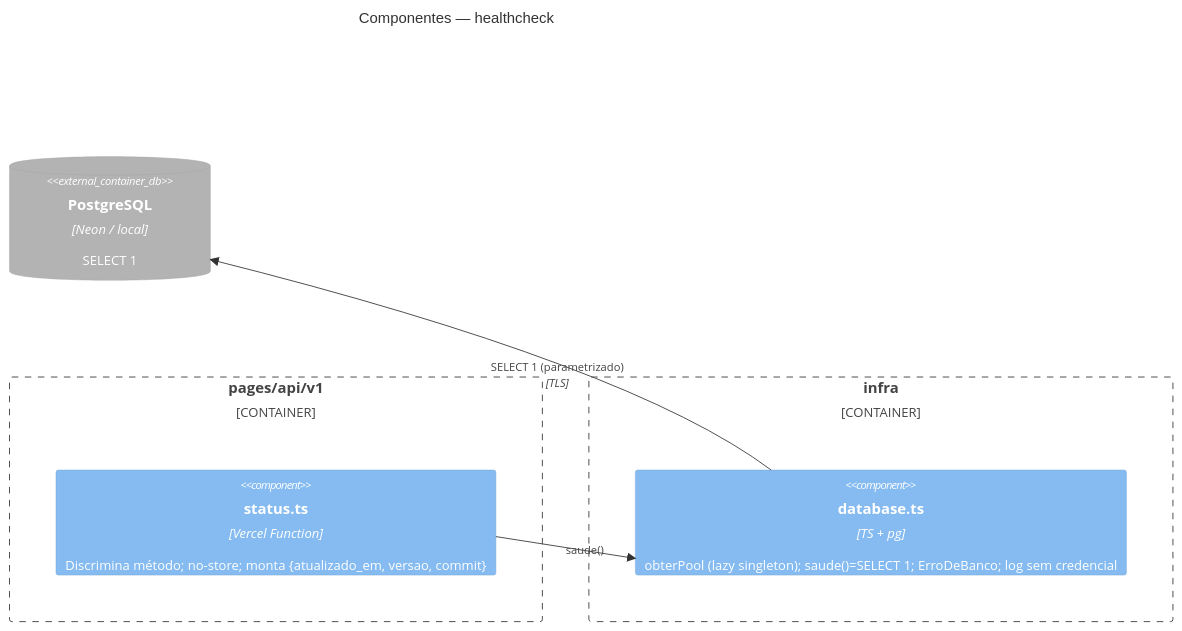
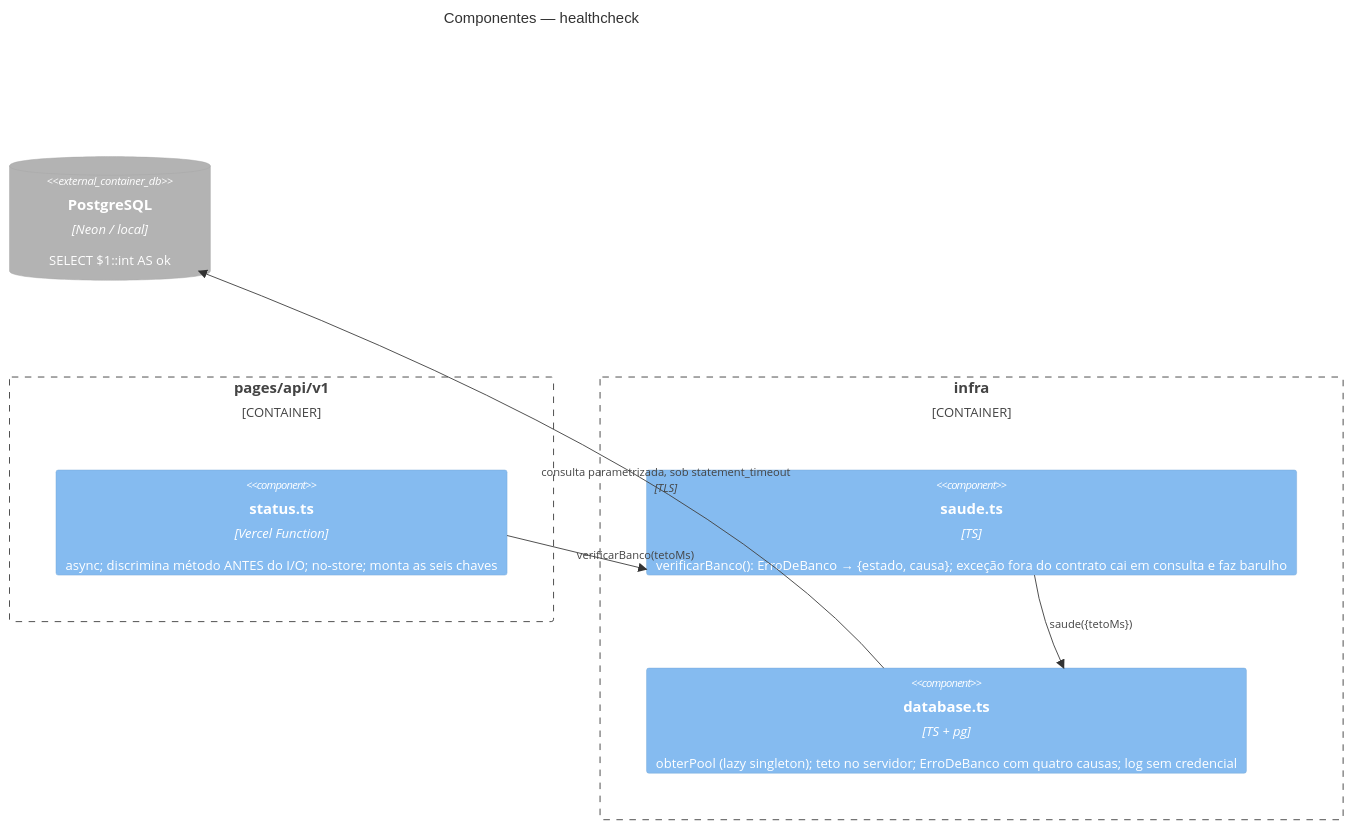
Before and after one commit to iago-leal/aps-inteligente: the second of 3 diagrams in _reversa_sdd/c4-components.md, drawn with Mermaid. The commit also changed other lines of this file and 87 other files, not shown here.

````diff
--- a/_reversa_sdd/c4-components.md
+++ b/_reversa_sdd/c4-components.md
@@ -67,15 +86,17 @@
 ```mermaid
 C4Component
     title Componentes — healthcheck
 
     Container_Boundary(api, "pages/api/v1") {
-        Component(status, "status.ts", "Vercel Function", "Discrimina método; no-store; monta {atualizado_em, versao, commit}")
+        Component(status, "status.ts", "Vercel Function", "async; discrimina método ANTES do I/O; no-store; monta as seis chaves")
     }
     Container_Boundary(infra, "infra") {
-        Component(db, "database.ts", "TS + pg", "obterPool (lazy singleton); saude()=SELECT 1; ErroDeBanco; log sem credencial")
+        Component(saudeAd, "saude.ts", "TS", "verificarBanco(): ErroDeBanco → {estado, causa}; exceção fora do contrato cai em consulta e faz barulho")
+        Component(db, "database.ts", "TS + pg", "obterPool (lazy singleton); teto no servidor; ErroDeBanco com quatro causas; log sem credencial")
     }
-    ContainerDb_Ext(pg, "PostgreSQL", "Neon / local", "SELECT 1")
+    ContainerDb_Ext(pg, "PostgreSQL", "Neon / local", "SELECT $1::int AS ok")
 
-    Rel(status, db, "saude()")
-    Rel(db, pg, "SELECT 1 (parametrizado)", "TLS")
+    Rel(status, saudeAd, "verificarBanco(tetoMs)")
+    Rel(saudeAd, db, "saude({tetoMs})")
+    Rel(db, pg, "consulta parametrizada, sob statement_timeout", "TLS")
 ```
````
